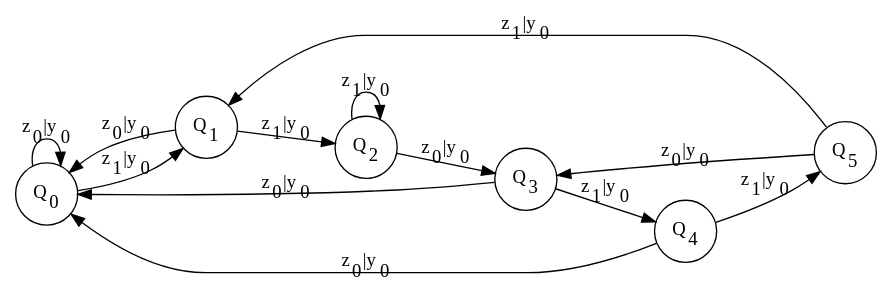
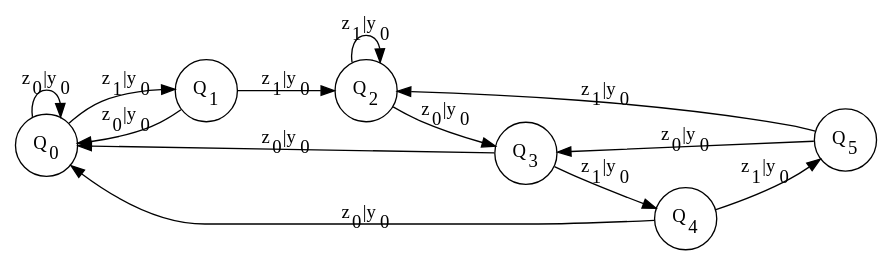
The diagram in lab02/zadanie2/mealy.dot (Byczax/UCISW1-Lab), drawn with Graphviz before and after one commit.

Commit message:
Fix typo
Change q1 to q2 in line 20

```diff
--- a/lab02/zadanie2/mealy.dot
+++ b/lab02/zadanie2/mealy.dot
@@ -1,24 +1,24 @@
 digraph{
 //    layout = circo;
    rankdir = LR;
    node [shape=circle];
 //    edge [labeldistance=6 labelangle=50]
    q0 [label=<Q<sub>0</sub>>]
    q1 [label=<Q<sub>1</sub>>]
    q2 [label=<Q<sub>2</sub>>]
    q3 [label=<Q<sub>3</sub>>]
    q4 [label=<Q<sub>4</sub>>]
    q5 [label=<Q<sub>5</sub>>]
    q0 -> q1 -> q2 [label=<z<sub>1</sub>|y<sub>0</sub>>]
    q2 -> q3 [label=<z<sub>0</sub>|y<sub>0</sub>>]
    q3 -> q4 -> q5 [label=<z<sub>1</sub>|y<sub>0</sub>>]
    q0 -> q0 [label=<z<sub>0</sub>|y<sub>0</sub>>]
    q1 -> q0 [label=<z<sub>0</sub>|y<sub>0</sub>>]
    q2 -> q2 [label=<z<sub>1</sub>|y<sub>0</sub>>]
    q3 -> q0 [label=<z<sub>0</sub>|y<sub>0</sub>>]
    q4 -> q0 [label=<z<sub>0</sub>|y<sub>0</sub>>]
-   q5 -> q1 [label=<z<sub>1</sub>|y<sub>0</sub>>]
+   q5 -> q2 [label=<z<sub>1</sub>|y<sub>0</sub>>]
    q5 -> q3 [label=<z<sub>0</sub>|y<sub>0</sub>>]
 
    
 }
```
